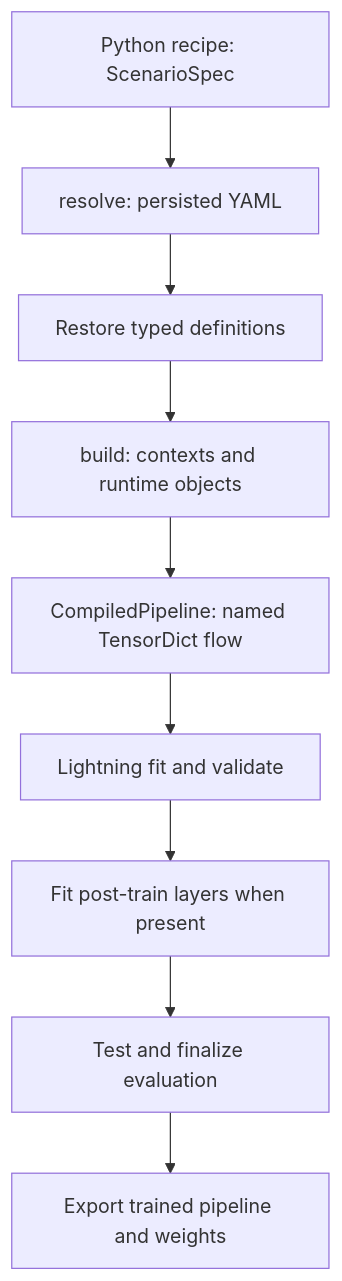
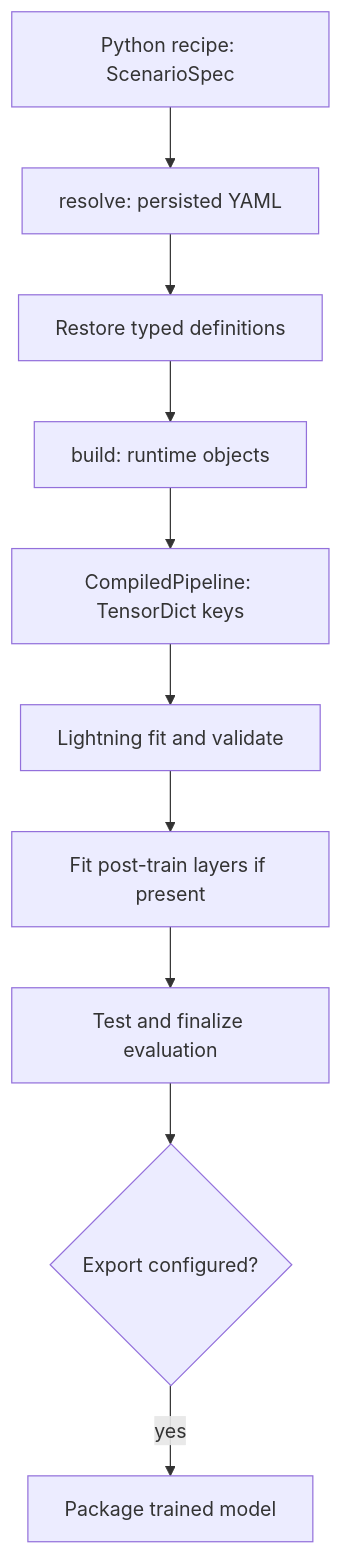
Before and after one commit to NexuFed/NexuML: the diagram in docs/src/content/docs/explanation/architecture.mdx, drawn with Mermaid. The commit also changed other lines of this file and 9 other files, not shown here.

````diff
--- a/docs/src/content/docs/explanation/architecture.mdx
+++ b/docs/src/content/docs/explanation/architecture.mdx
@@ -11,11 +11,12 @@
 ```mermaid
 flowchart TD
   A[Python recipe: ScenarioSpec] --> B[resolve: persisted YAML]
   B --> C[Restore typed definitions]
-  C --> D[build: contexts and runtime objects]
-  D --> E[CompiledPipeline: named TensorDict flow]
+  C --> D[build: runtime objects]
+  D --> E[CompiledPipeline: TensorDict keys]
   E --> F[Lightning fit and validate]
-  F --> G[Fit post-train layers when present]
+  F --> G[Fit post-train layers if present]
   G --> H[Test and finalize evaluation]
-  H --> I[Export trained pipeline and weights]
+  H --> I{Export configured?}
+  I -->|yes| J[Package trained model]
 ```
````
